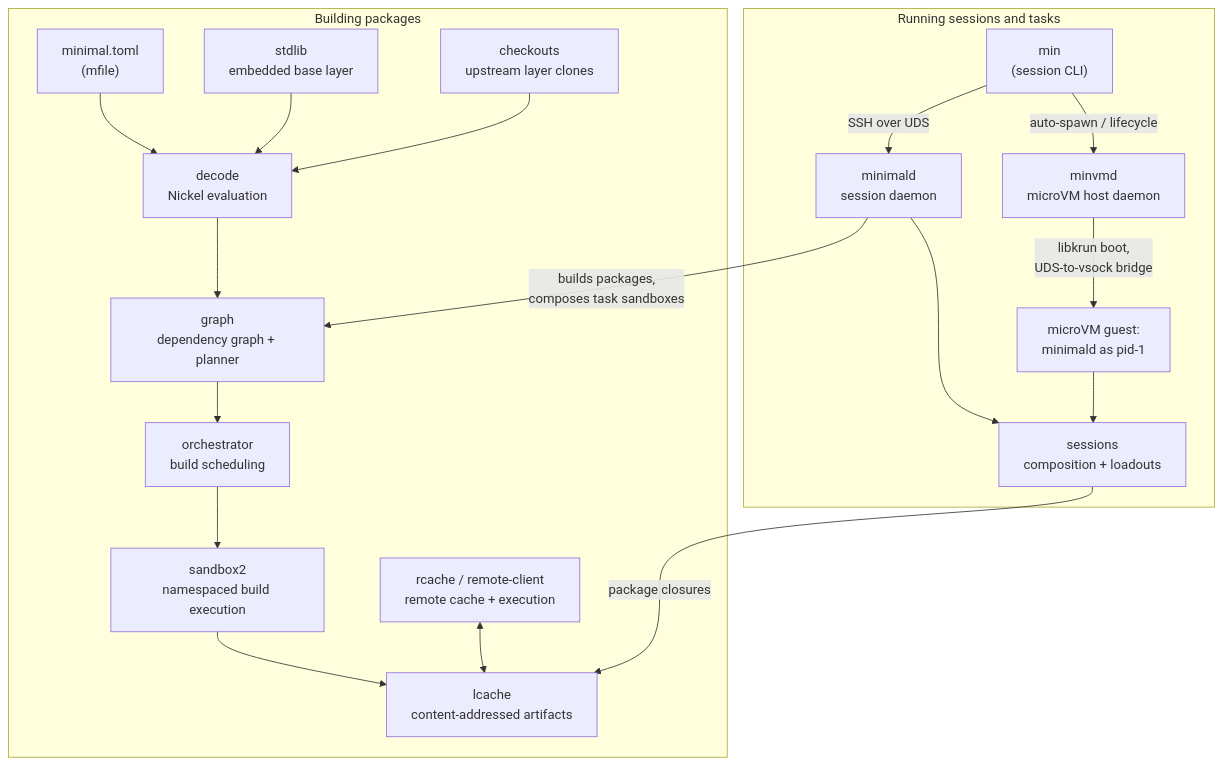
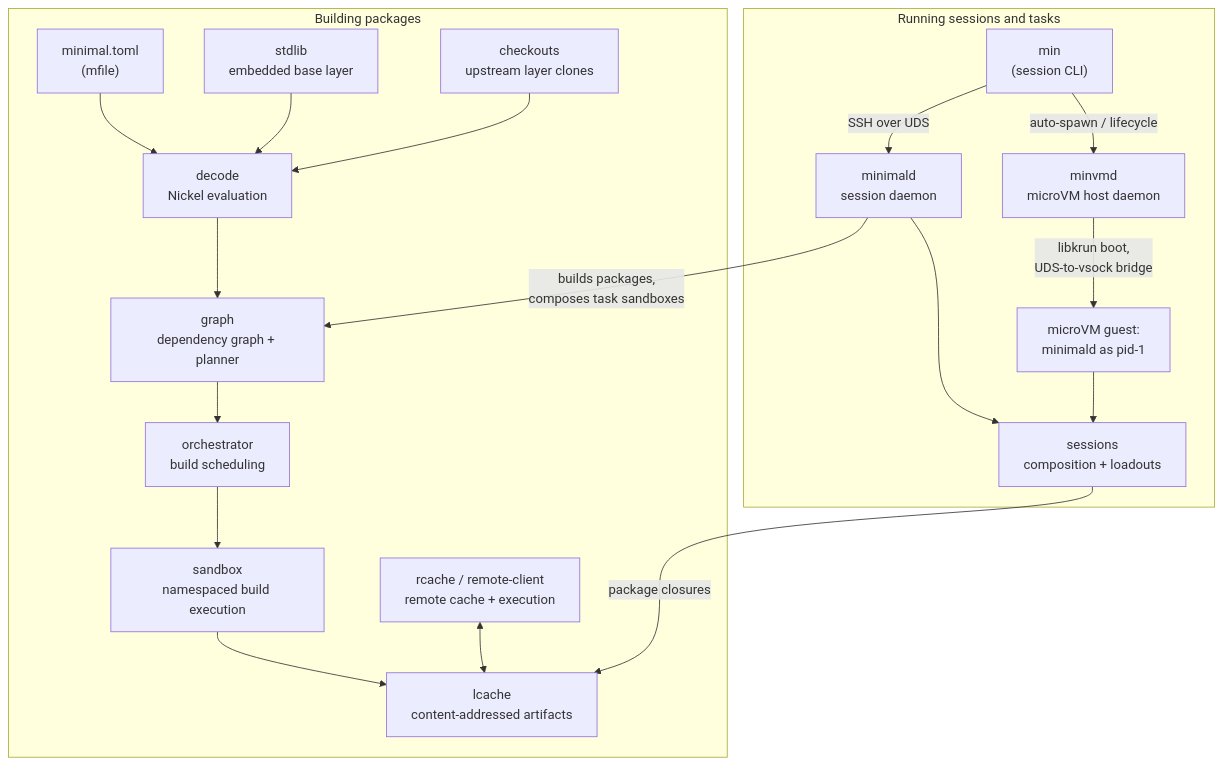
One commit to gominimal/minimal changed the diagram in docs/architecture.md. Above: the diagram before and after it, drawn with Mermaid. The commit also changed other lines of this file and 60 other files, not shown here.

````diff
--- a/docs/architecture.md
+++ b/docs/architecture.md
@@ -24,24 +24,24 @@
 ```mermaid
 flowchart TB
     subgraph SP["Running sessions and tasks"]
         MIN["min<br/>(session CLI)"] -- "SSH over UDS" --> MD["minimald<br/>session daemon"]
         MIN -- "auto-spawn / lifecycle" --> VMD["minvmd<br/>microVM host daemon"]
         VMD -- "libkrun boot,<br/>UDS-to-vsock bridge" --> GUEST["microVM guest:<br/>minimald as pid-1"]
         MD --> SES["sessions<br/>composition + loadouts"]
         GUEST --> SES
     end
 
     subgraph BP["Building packages"]
         MF["minimal.toml<br/>(mfile)"] --> DEC["decode<br/>Nickel evaluation"]
         STD["stdlib<br/>embedded base layer"] --> DEC
         CHK["checkouts<br/>upstream layer clones"] --> DEC
         DEC --> GR["graph<br/>dependency graph + planner"]
         GR --> ORC["orchestrator<br/>build scheduling"]
-        ORC --> SBX["sandbox2<br/>namespaced build execution"]
+        ORC --> SBX["sandbox<br/>namespaced build execution"]
         SBX --> LC["lcache<br/>content-addressed artifacts"]
         RC["rcache / remote-client<br/>remote cache + execution"] <--> LC
     end
 
     MD -- "builds packages,<br/>composes task sandboxes" --> GR
     SES -- "package closures" --> LC
 ```
````
